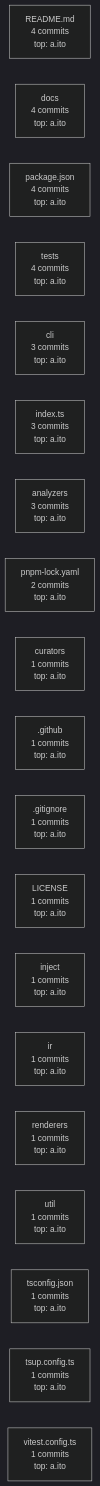
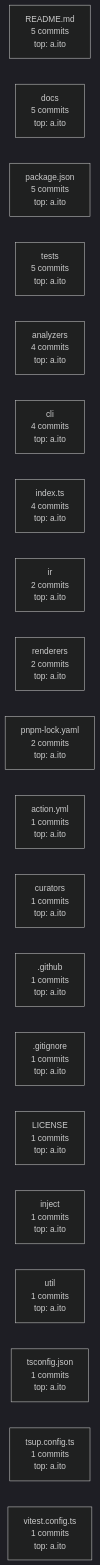
One commit to BoxPistols/repolore changed the diagram in docs/diagrams/git-history.md. Above: the diagram before and after it, drawn with Mermaid (dark theme). The commit also changed other lines of this file and 13 other files, not shown here.

First line of the commit message:
feat: Phase 2.5 — architecture × git-history fusion (v0.5.0-alpha.0)

````diff
--- a/docs/diagrams/git-history.md
+++ b/docs/diagrams/git-history.md
@@ -11,22 +11,23 @@
 ```mermaid
 flowchart LR
-    README_md["README.md<br/>4 commits<br/>top: a.ito"]
-    docs["docs<br/>4 commits<br/>top: a.ito"]
-    package_json["package.json<br/>4 commits<br/>top: a.ito"]
-    tests["tests<br/>4 commits<br/>top: a.ito"]
-    cli["cli<br/>3 commits<br/>top: a.ito"]
-    index_ts["index.ts<br/>3 commits<br/>top: a.ito"]
-    analyzers["analyzers<br/>3 commits<br/>top: a.ito"]
+    README_md["README.md<br/>5 commits<br/>top: a.ito"]
+    docs["docs<br/>5 commits<br/>top: a.ito"]
+    package_json["package.json<br/>5 commits<br/>top: a.ito"]
+    tests["tests<br/>5 commits<br/>top: a.ito"]
+    analyzers["analyzers<br/>4 commits<br/>top: a.ito"]
+    cli["cli<br/>4 commits<br/>top: a.ito"]
+    index_ts["index.ts<br/>4 commits<br/>top: a.ito"]
+    ir["ir<br/>2 commits<br/>top: a.ito"]
+    renderers["renderers<br/>2 commits<br/>top: a.ito"]
     pnpm_lock_yaml["pnpm-lock.yaml<br/>2 commits<br/>top: a.ito"]
+    action_yml["action.yml<br/>1 commits<br/>top: a.ito"]
     curators["curators<br/>1 commits<br/>top: a.ito"]
     _github[".github<br/>1 commits<br/>top: a.ito"]
     _gitignore[".gitignore<br/>1 commits<br/>top: a.ito"]
     LICENSE["LICENSE<br/>1 commits<br/>top: a.ito"]
     inject["inject<br/>1 commits<br/>top: a.ito"]
-    ir["ir<br/>1 commits<br/>top: a.ito"]
-    renderers["renderers<br/>1 commits<br/>top: a.ito"]
     util["util<br/>1 commits<br/>top: a.ito"]
     tsconfig_json["tsconfig.json<br/>1 commits<br/>top: a.ito"]
     tsup_config_ts["tsup.config.ts<br/>1 commits<br/>top: a.ito"]
     vitest_config_ts["vitest.config.ts<br/>1 commits<br/>top: a.ito"]
 ```
````
